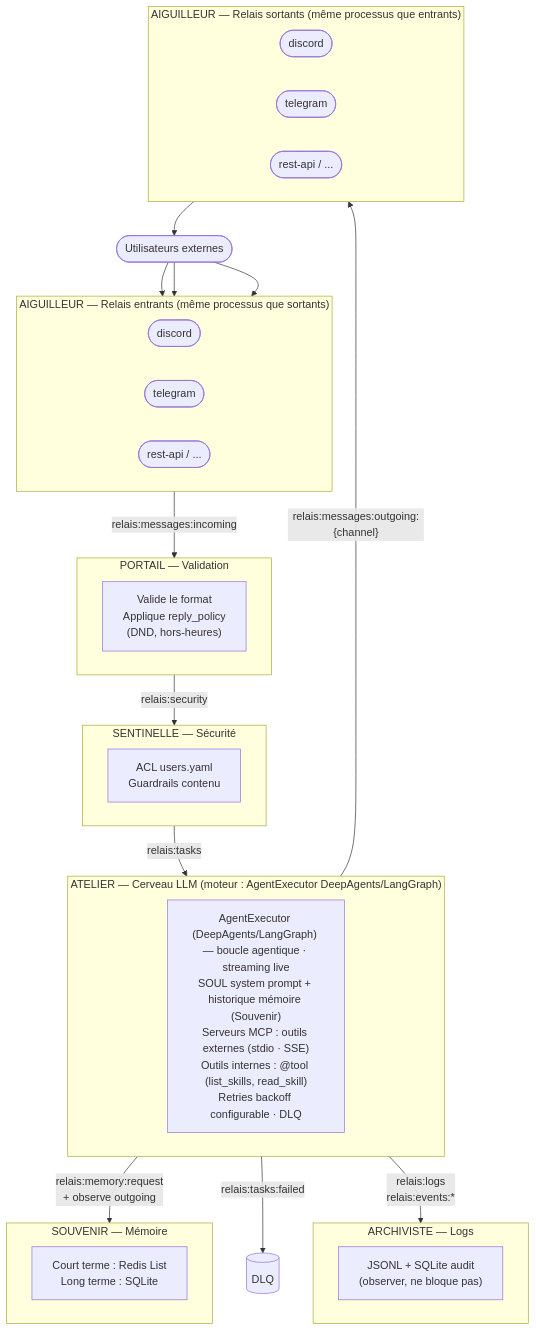
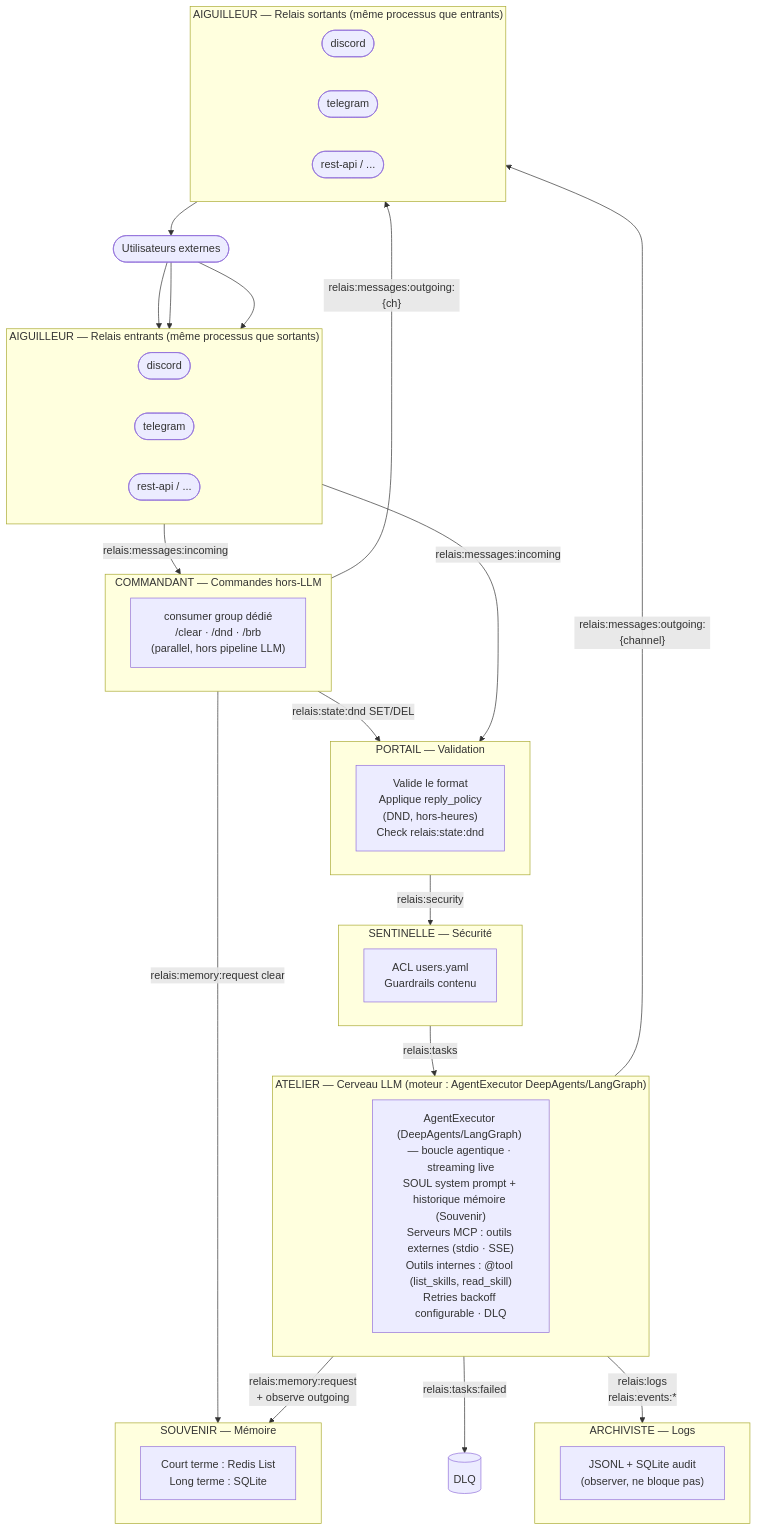
The diagram in README.md (cyberbobjr/relais), drawn with Mermaid before and after one commit. The commit also changed other lines of this file and 47 other files, not shown here.

First line of the commit message:
feat: add commandant brick, portail DND/vacation policies, souvenir clear, discord adapter rewrite

````diff
--- a/README.md
+++ b/README.md
@@ -80,53 +82,62 @@
 ```mermaid
 flowchart TD
     USERS(["Utilisateurs externes"])
 
     USERS --> D_IN & T_IN & R_IN
 
     subgraph AIG_IN["AIGUILLEUR — Relais entrants (même processus que sortants)"]
         direction LR
         D_IN([discord])
         T_IN([telegram])
         R_IN([rest-api / ...])
     end
 
     AIG_IN -->|"relais:messages:incoming"| PORTAIL
+    AIG_IN -->|"relais:messages:incoming"| COMMANDANT
+
+    subgraph COMMANDANT["COMMANDANT — Commandes hors-LLM"]
+        CM["consumer group dédié\n/clear · /dnd · /brb\n(parallel, hors pipeline LLM)"]
+    end
+
+    COMMANDANT -->|"relais:state:dnd SET/DEL"| PORTAIL
+    COMMANDANT -->|"relais:memory:request clear"| SOUVENIR
+    COMMANDANT -->|"relais:messages:outgoing:{ch}"| AIG_OUT
 
     subgraph PORTAIL["PORTAIL — Validation"]
-        P["Valide le format\nApplique reply_policy\n(DND, hors-heures)"]
+        P["Valide le format\nApplique reply_policy\n(DND, hors-heures)\nCheck relais:state:dnd"]
     end
 
     PORTAIL -->|"relais:security"| SENTINELLE
 
     subgraph SENTINELLE["SENTINELLE — Sécurité"]
         S["ACL users.yaml\nGuardrails contenu"]
     end
 
     SENTINELLE -->|"relais:tasks"| ATELIER
 
     subgraph ATELIER["ATELIER — Cerveau LLM  (moteur : AgentExecutor DeepAgents/LangGraph)"]
         A["AgentExecutor (DeepAgents/LangGraph) — boucle agentique · streaming live\nSOUL system prompt + historique mémoire (Souvenir)\nServeurs MCP : outils externes (stdio · SSE)\nOutils internes : @tool (list_skills, read_skill)\nRetries backoff configurable · DLQ"]
     end
 
     ATELIER -->|"relais:messages:outgoing:{channel}"| AIG_OUT
     ATELIER -->|"relais:memory:request\n+ observe outgoing"| SOUVENIR
     ATELIER -->|"relais:tasks:failed"| DLQ[("DLQ")]
     ATELIER -->|"relais:logs\nrelais:events:*"| ARCHIVISTE
 
     subgraph AIG_OUT["AIGUILLEUR — Relais sortants (même processus que entrants)"]
         direction LR
         D_OUT([discord])
         T_OUT([telegram])
         R_OUT([rest-api / ...])
     end
 
     subgraph SOUVENIR["SOUVENIR — Mémoire"]
         SV["Court terme : Redis List\nLong terme : SQLite"]
     end
 
     subgraph ARCHIVISTE["ARCHIVISTE — Logs"]
         AR["JSONL + SQLite audit\n(observer, ne bloque pas)"]
     end
 
     AIG_OUT --> USERS
 ```
````
